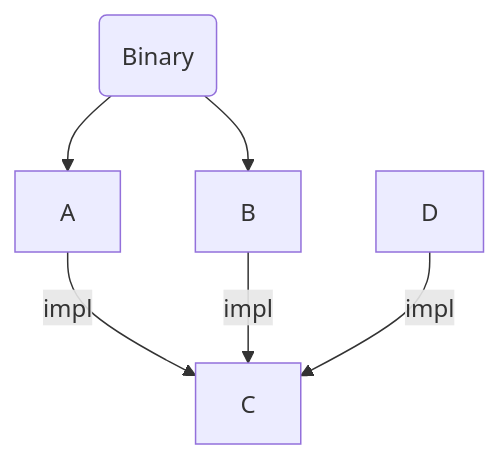
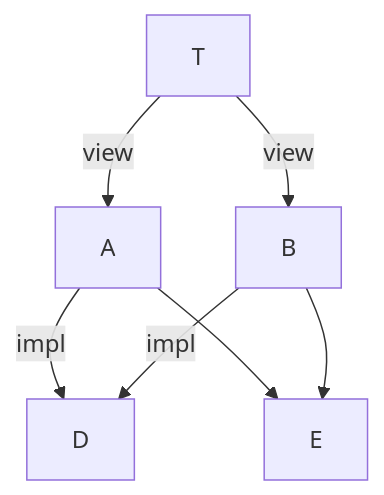
One commit to rust-lang/rfcs changed the fifth of 11 diagrams in text/0000-extern-impl.md. Above: the diagram before and after it, drawn with Mermaid. The commit also changed other lines of this file, not shown here.

````diff
--- a/text/0000-extern-impl.md
+++ b/text/0000-extern-impl.md
@@ -156,6 +233,5 @@
 ```mermaid
 graph TB
- Bin(Binary) --> A & B
- A & B -->|impl| C
- D -->|impl| C
- ```
+  T -->|view| A & B -->|impl| D
+  A & B --> E
+```
````
